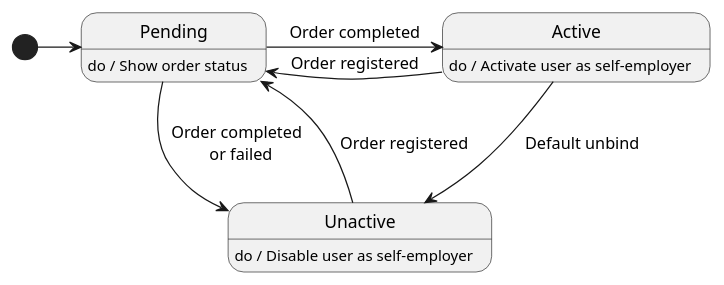
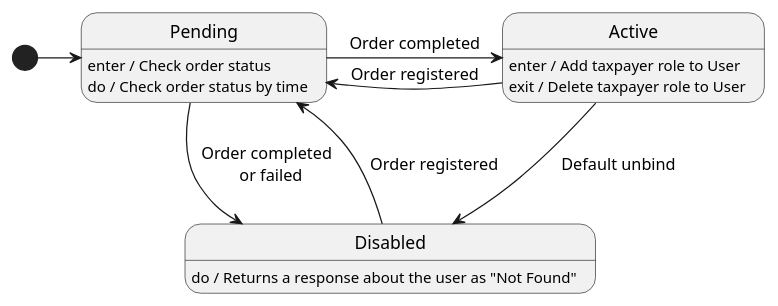
One commit to RaikBitters/ibank-internal-services changed the diagram in diagrams/self-employed-service/state.puml. Above: the diagram before and after it, drawn with PlantUML. The commit also changed 1 other file, not shown here.

```diff
--- a/diagrams/self-employed-service/state.puml
+++ b/diagrams/self-employed-service/state.puml
@@ -1,19 +1,21 @@
 @startuml
 
 [*] -> Pending
 
 Pending -> Active: Order completed
 Active -> Pending: Order registered
 
-Pending -> Unactive: Order completed \n or failed
-Unactive --> Pending: Order registered
+Pending -> Disabled: Order completed \n or failed
+Disabled --> Pending: Order registered
 
-Active -> Unactive: Default unbind
+Active -> Disabled: Default unbind
 
-Pending: do / Show order status
+Pending: enter / Check order status
+Pending: do / Check order status by time
 
-Active: do / Activate user as self-employer 
+Active: enter / Add taxpayer role to User
+Active: exit / Delete taxpayer role to User
 
-Unactive: do / Disable user as self-employer 
+Disabled: do / Returns a response about the user as "Not Found"
 
 @enduml
```
